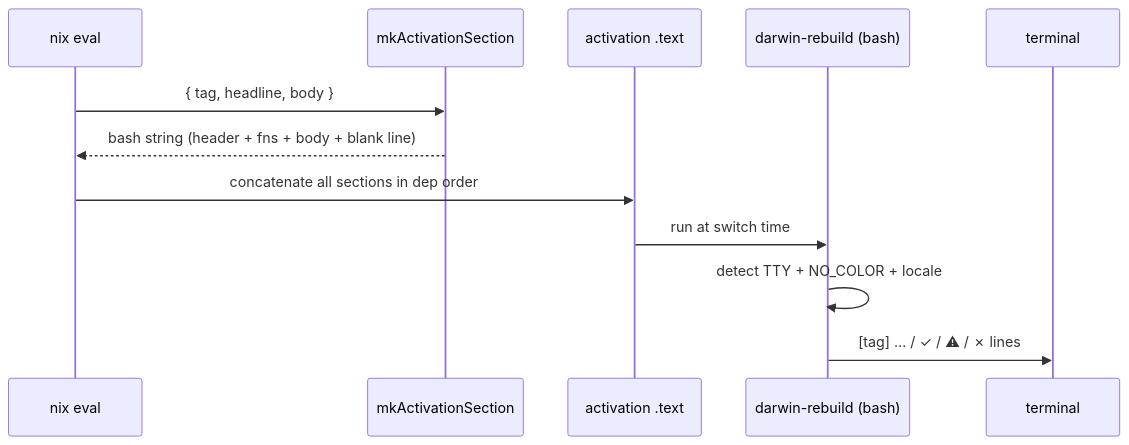
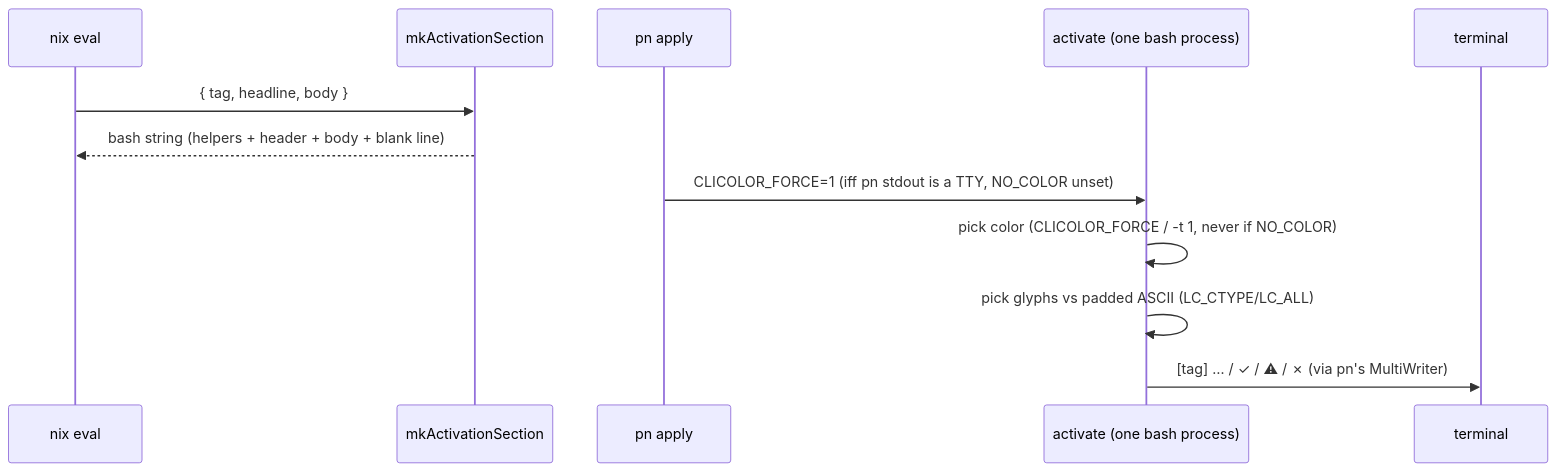
Before and after one commit to phillipgreenii/nix-repo-base: the second of 2 diagrams in docs/superpowers/specs/2026-06-29-activation-script-output-consistency-design.md, drawn with Mermaid. The commit also changed other lines of this file, not shown here.

First line of the commit message:
docs: fold review findings into activation-output spec

````diff
--- a/docs/superpowers/specs/2026-06-29-activation-script-output-consistency-design.md
+++ b/docs/superpowers/specs/2026-06-29-activation-script-output-consistency-design.md
@@ -189,14 +230,14 @@
 ```mermaid
 sequenceDiagram
     participant Nix as nix eval
     participant Helper as mkActivationSection
-    participant Act as activation .text
-    participant Shell as darwin-rebuild (bash)
+    participant Pn as pn apply
+    participant Act as activate (one bash process)
     participant TTY as terminal
     Nix->>Helper: { tag, headline, body }
-    Helper-->>Nix: bash string (header + fns + body + blank line)
-    Nix->>Act: concatenate all sections in dep order
-    Act->>Shell: run at switch time
-    Shell->>Shell: detect TTY + NO_COLOR + locale
-    Shell->>TTY: [tag] … / ✓ / ⚠ / ✗ lines
+    Helper-->>Nix: bash string (helpers + header + body + blank line)
+    Pn->>Act: CLICOLOR_FORCE=1 (iff pn stdout is a TTY, NO_COLOR unset)
+    Act->>Act: pick color (CLICOLOR_FORCE / -t 1, never if NO_COLOR)
+    Act->>Act: pick glyphs vs padded ASCII (LC_CTYPE/LC_ALL)
+    Act->>TTY: [tag] … / ✓ / ⚠ / ✗ (via pn's MultiWriter)
 ```
````
